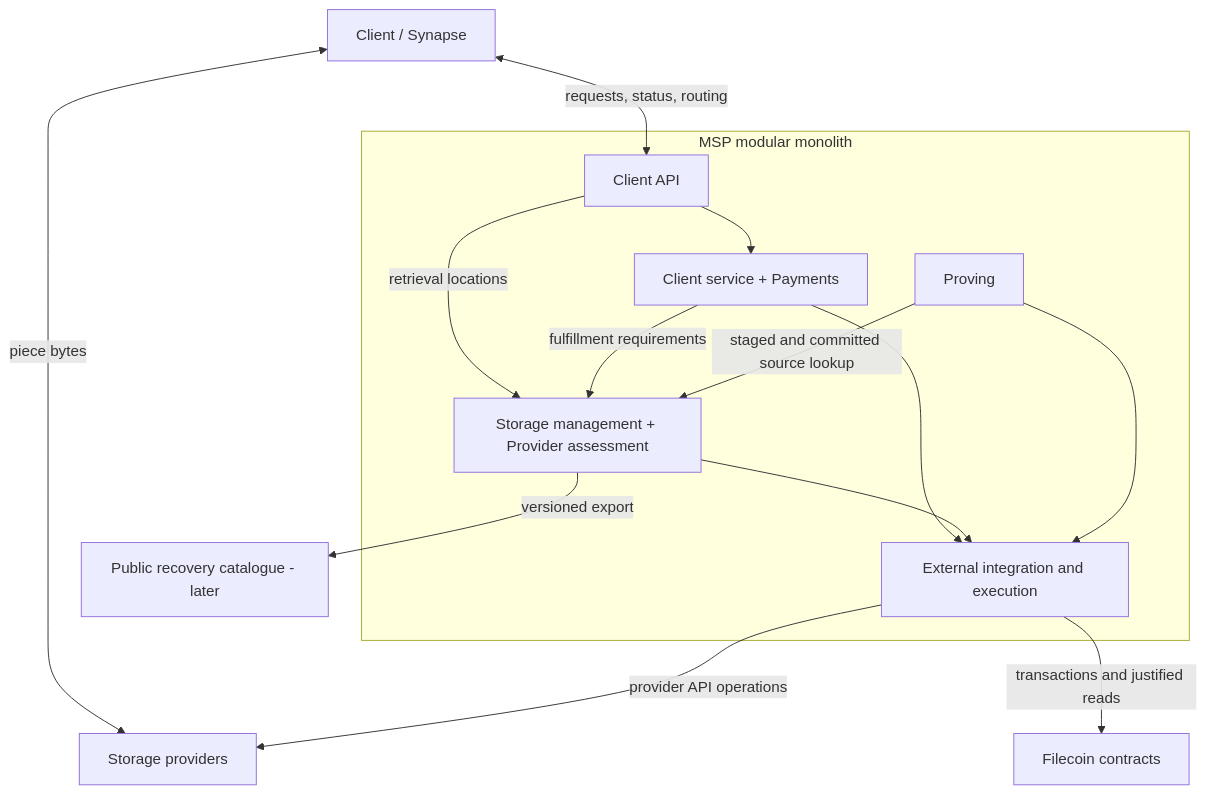
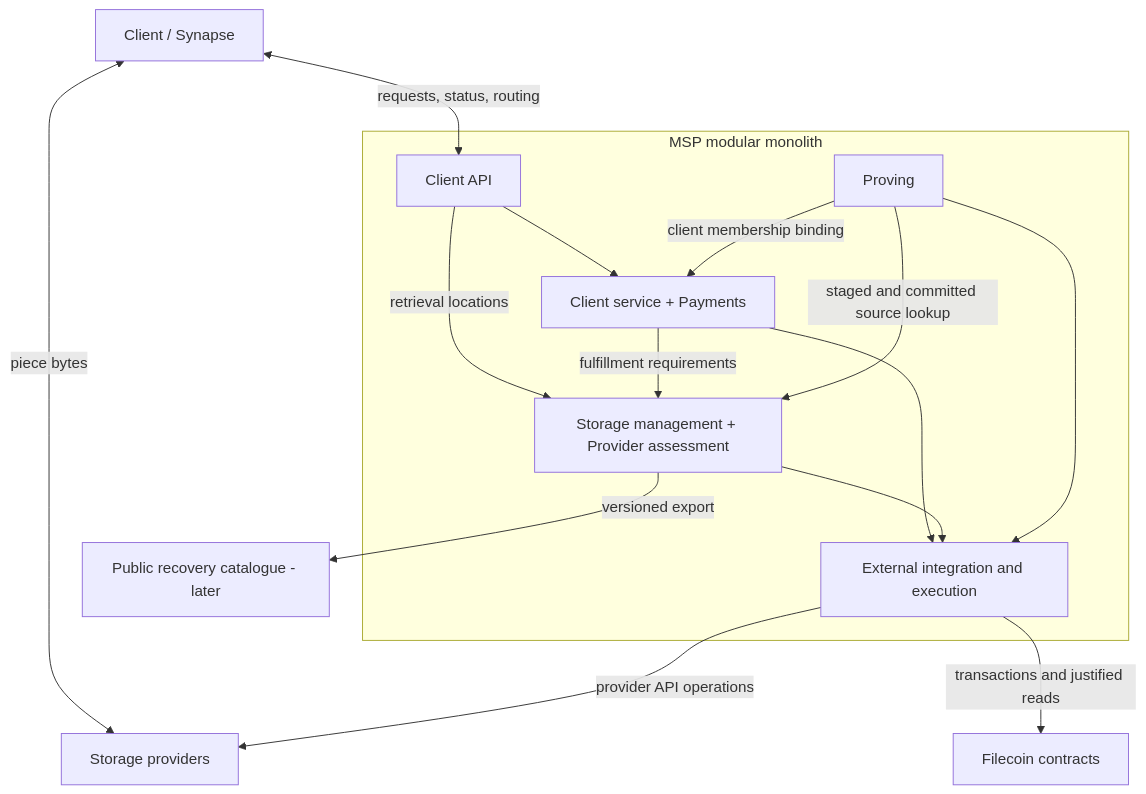
The diagram in docs/architecture.md (filecoin-project/rhizome), drawn with Mermaid before and after one commit. The commit also changed other lines of this file and 6 other files, not shown here.

````diff
--- a/docs/architecture.md
+++ b/docs/architecture.md
@@ -28,26 +28,27 @@
 ```mermaid
 flowchart TB
     Client["Client / Synapse"]
     SP["Storage providers"]
     Chain["Filecoin contracts"]
     Catalogue["Public recovery catalogue - later"]
     subgraph MSP["MSP modular monolith"]
         API["Client API"]
         Clients["Client service + Payments"]
         Storage["Storage management + Provider assessment"]
         Proofs["Proving"]
         Execution["External integration and execution"]
         API --> Clients
         API -->|retrieval locations| Storage
         Clients -->|fulfillment requirements| Storage
+        Proofs -->|client membership binding| Clients
         Proofs -->|staged and committed source lookup| Storage
         Clients --> Execution
         Storage --> Execution
         Proofs --> Execution
     end
     Client <-->|requests, status, routing| API
     Client <-->|piece bytes| SP
     Execution -->|provider API operations| SP
     Execution -->|transactions and justified reads| Chain
     Storage -->|versioned export| Catalogue
 ```
````
